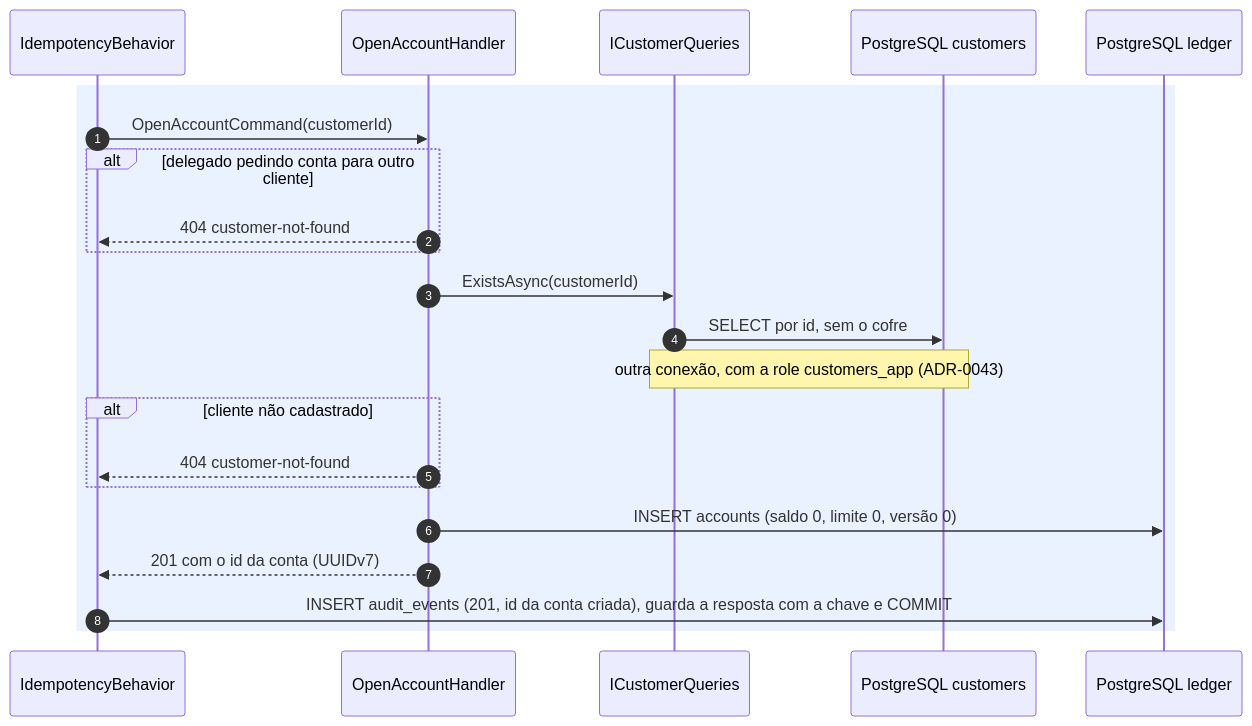
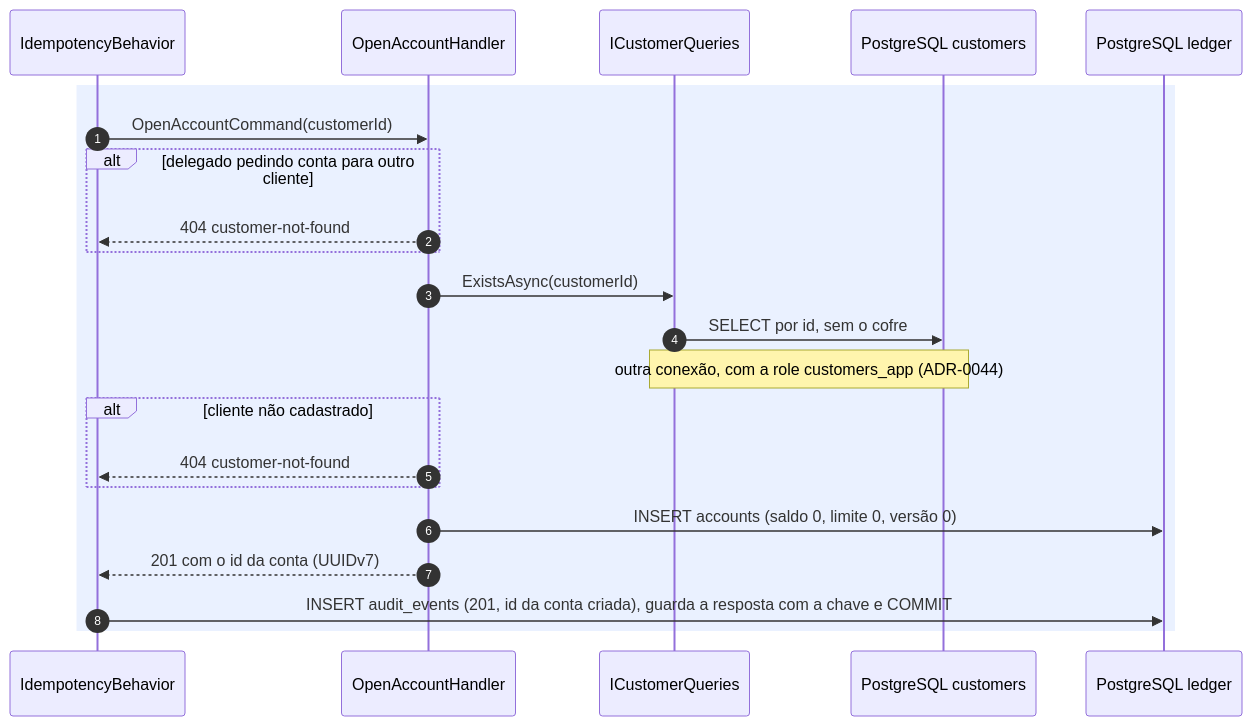
The third of 8 diagrams in docs/arquitetura/fluxos-ledger.md (arthuurw/desafio-arquiteto-keyrus), drawn with Mermaid before and after one commit. The commit also changed other lines of this file and 31 other files, not shown here.

````diff
--- a/docs/arquitetura/fluxos-ledger.md
+++ b/docs/arquitetura/fluxos-ledger.md
@@ -133,25 +133,25 @@
 ```mermaid
 sequenceDiagram
   autonumber
   participant B as IdempotencyBehavior
   participant H as OpenAccountHandler
   participant CQ as ICustomerQueries
   participant PGC as PostgreSQL customers
   participant DB as PostgreSQL ledger
 
   rect rgba(80, 140, 255, 0.12)
     B->>H: OpenAccountCommand(customerId)
     alt delegado pedindo conta para outro cliente
       H-->>B: 404 customer-not-found
     end
     H->>CQ: ExistsAsync(customerId)
     CQ->>PGC: SELECT por id, sem o cofre
-    Note over CQ,PGC: outra conexão, com a role customers_app (ADR-0043)
+    Note over CQ,PGC: outra conexão, com a role customers_app (ADR-0044)
     alt cliente não cadastrado
       H-->>B: 404 customer-not-found
     end
     H->>DB: INSERT accounts (saldo 0, limite 0, versão 0)
     H-->>B: 201 com o id da conta (UUIDv7)
     B->>DB: INSERT audit_events (201, id da conta criada), guarda a resposta com a chave e COMMIT
   end
 ```
````
